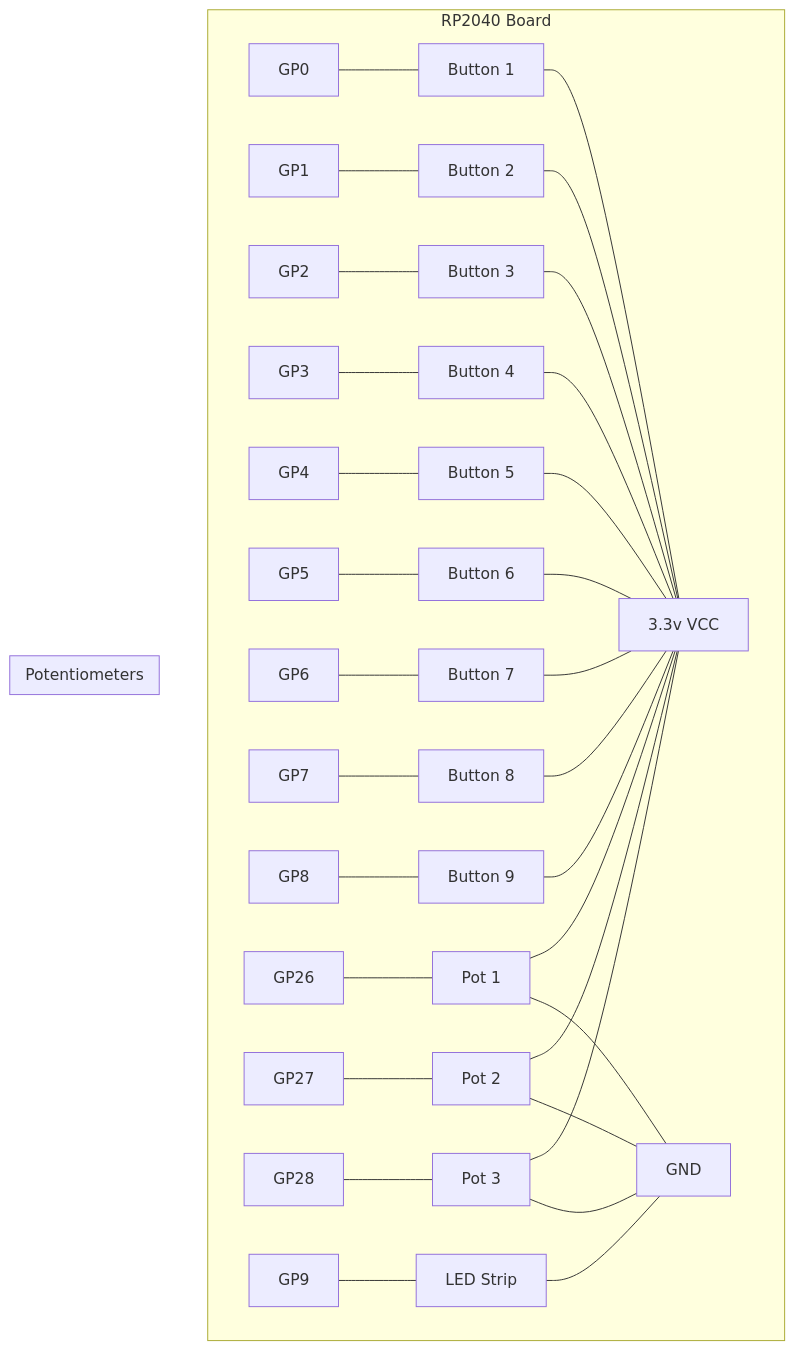
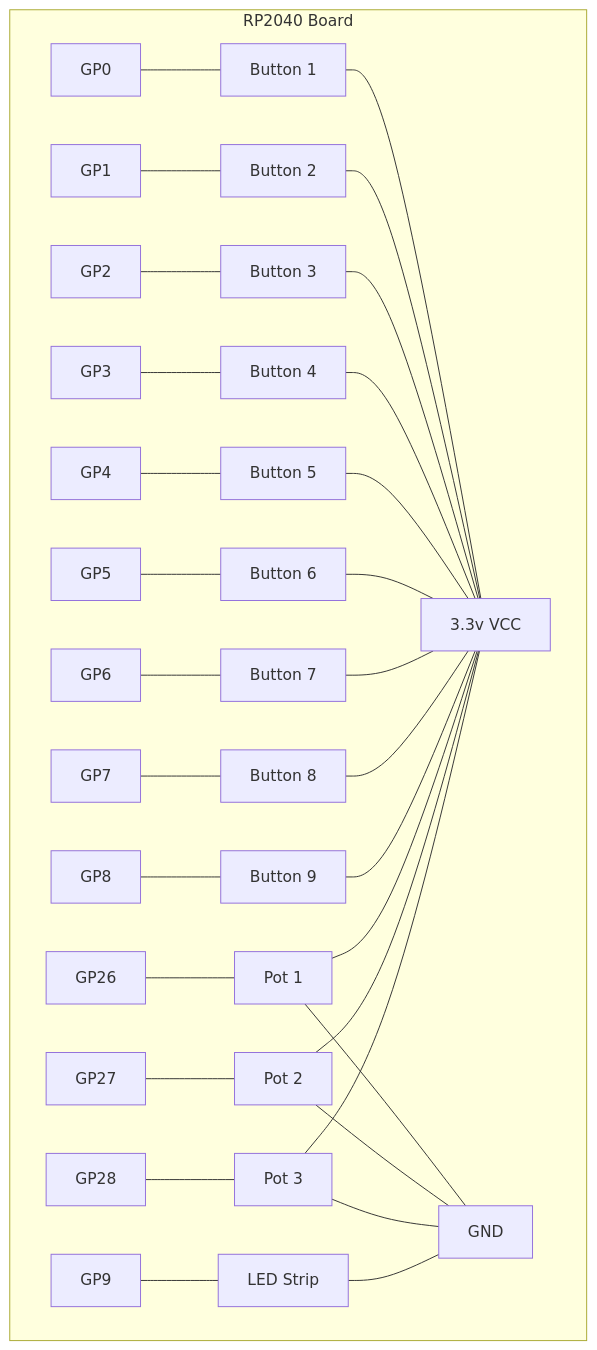
One commit to kaa-serpent/MIDIgnon changed the diagram in README.md. Above: the diagram before and after it, drawn with Mermaid.

Commit message:
mermaid graph

````diff
--- a/README.md
+++ b/README.md
@@ -39,29 +39,26 @@
 ```mermaid
 graph TD
     subgraph RP2040 Board
         GP0 --- B1[Button 1] --- VCC[3.3v VCC]
         GP1 --- B2[Button 2] --- VCC[3.3v VCC]
         GP2 --- B3[Button 3] --- VCC[3.3v VCC]
         GP3 --- B4[Button 4] --- VCC[3.3v VCC]
         GP4 --- B5[Button 5] --- VCC[3.3v VCC]
         GP5 --- B6[Button 6] --- VCC[3.3v VCC]
         GP6 --- B7[Button 7] --- VCC[3.3v VCC]
         GP7 --- B8[Button 8] --- VCC[3.3v VCC]
         GP8 --- B9[Button 9] --- VCC[3.3v VCC]
 
         GP26 --- P1[Pot 1] --- VCC[3.3v VCC]
         GP27 --- P2[Pot 2] --- VCC[3.3v VCC]
         GP28 --- P3[Pot 3] --- VCC[3.3v VCC]
-
+        P1[Pot 1] --- GND
+        P2[Pot 2] --- GND
+        P3[Pot 3] --- GND
+        
         GP9 --- LED[LED Strip] --- GND
         
         
     end
 
-    subgraph Potentiometers
-        P1 --- GND
-        P2 --- GND
-        P3 --- GND
-    end
-
 ```
````
